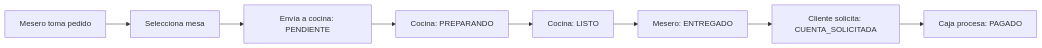
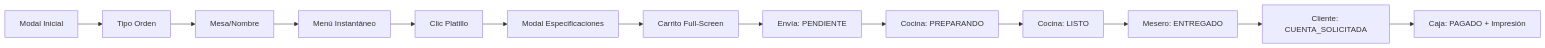
Before and after one commit to leo-groome/lahidrocalida-rp: the diagram in README.md, drawn with Mermaid. The commit also changed other lines of this file and 40 other files, not shown here.

````diff
--- a/README.md
+++ b/README.md
@@ -131,10 +133,15 @@
 ```mermaid
 graph LR
-    A[Mesero toma pedido] --> B[Selecciona mesa]
-    B --> C[Envía a cocina: PENDIENTE]
-    C --> D[Cocina: PREPARANDO]
-    D --> E[Cocina: LISTO]
-    E --> F[Mesero: ENTREGADO]
-    F --> G[Cliente solicita: CUENTA_SOLICITADA]
-    G --> H[Caja procesa: PAGADO]
+    A[Modal Inicial] --> B[Tipo Orden]
+    B --> C[Mesa/Nombre]
+    C --> D[Menú Instantáneo]
+    D --> E[Clic Platillo]
+    E --> F[Modal Especificaciones]
+    F --> G[Carrito Full-Screen]
+    G --> H[Envía: PENDIENTE]
+    H --> I[Cocina: PREPARANDO]
+    I --> J[Cocina: LISTO]
+    J --> K[Mesero: ENTREGADO]
+    K --> L[Cliente: CUENTA_SOLICITADA]
+    L --> M[Caja: PAGADO + Impresión]
 ```
````
